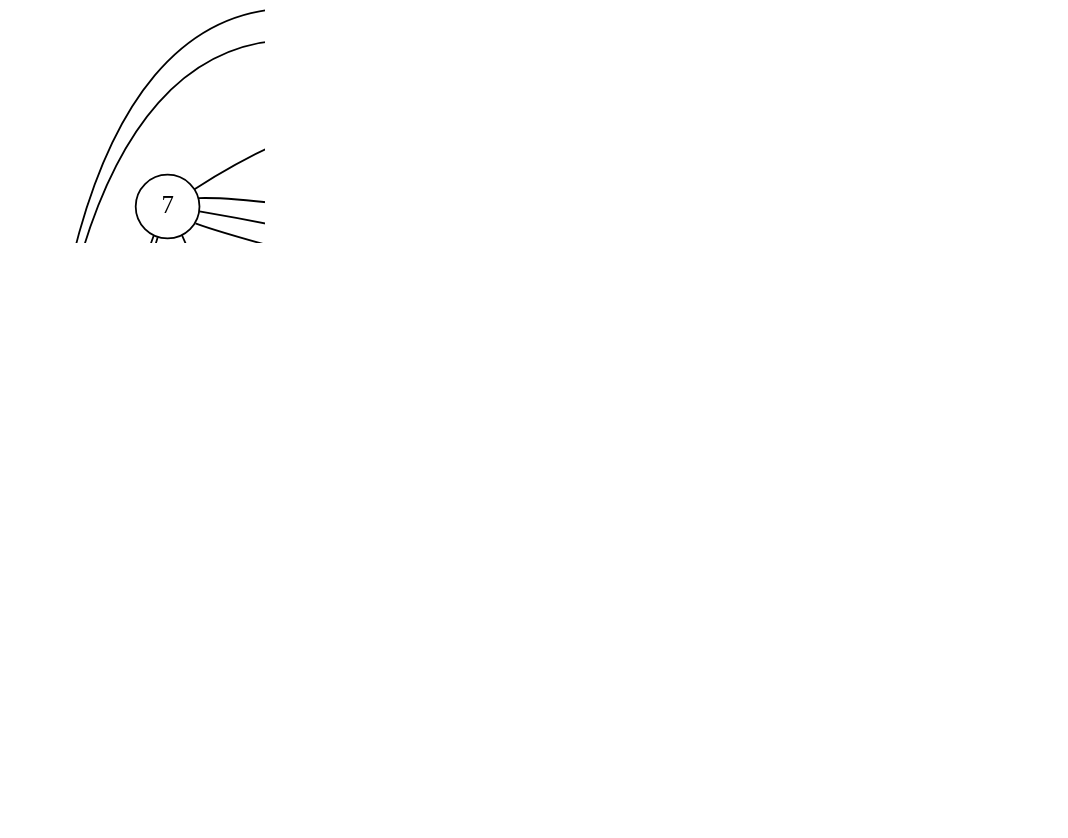
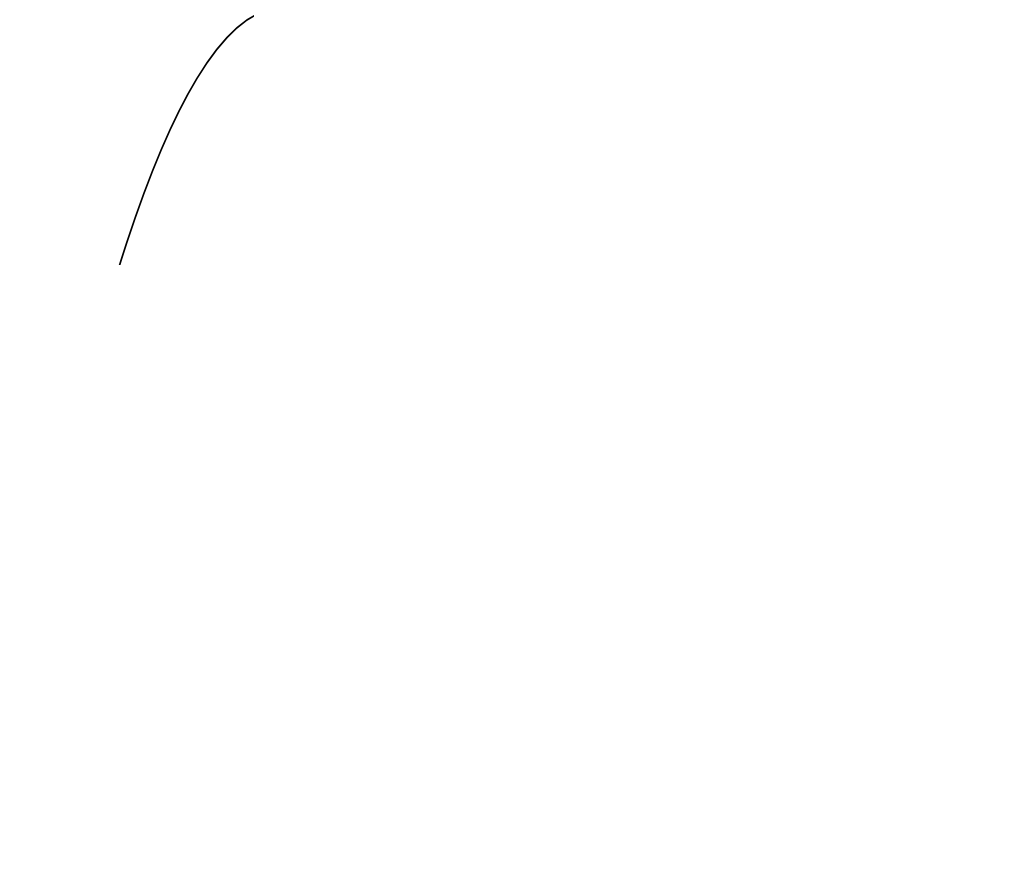
One commit to mickey-is-codin/data-structures changed the diagram in graphs-networks/c-networks/graphviz/list_graph.dot. Above: the diagram before and after it, drawn with Graphviz. The commit also changed 7 other files, not shown here.

```diff
--- a/graphs-networks/c-networks/graphviz/list_graph.dot
+++ b/graphs-networks/c-networks/graphviz/list_graph.dot
@@ -1,52 +1,52 @@
 graph unix {
 	graph [ dpi = 300 ];
 	node [shape=circle];
 	size="6,6";
 	rankdir="LR";
 
-	"0" -- "7"
+	"0" -- "2"
 	"0" -- "6"
-	"0" -- "4"
-	"0" -- "3"
+	"1" -- "8"
+	"1" -- "8"
+	"1" -- "5"
 	"1" -- "6"
-	"1" -- "9"
-	"1" -- "9"
+	"1" -- "4"
+	"2" -- "3"
+	"2" -- "3"
+	"2" -- "6"
+	"2" -- "7"
 	"2" -- "0"
-	"2" -- "4"
-	"2" -- "1"
-	"2" -- "1"
-	"2" -- "8"
-	"2" -- "4"
-	"2" -- "0"
-	"2" -- "9"
-	"3" -- "5"
-	"3" -- "5"
-	"4" -- "1"
-	"4" -- "7"
+	"3" -- "2"
+	"3" -- "2"
+	"3" -- "1"
+	"3" -- "9"
+	"3" -- "0"
+	"3" -- "7"
+	"3" -- "9"
+	"3" -- "6"
 	"4" -- "0"
-	"5" -- "9"
-	"5" -- "6"
+	"4" -- "3"
 	"5" -- "1"
-	"5" -- "0"
-	"5" -- "9"
+	"5" -- "4"
 	"6" -- "1"
 	"6" -- "5"
-	"6" -- "7"
-	"6" -- "4"
-	"6" -- "7"
-	"6" -- "5"
 	"6" -- "3"
-	"6" -- "2"
-	"6" -- "7"
-	"7" -- "2"
+	"6" -- "1"
+	"6" -- "0"
+	"6" -- "3"
+	"7" -- "8"
+	"7" -- "1"
+	"7" -- "5"
+	"7" -- "8"
 	"7" -- "0"
-	"8" -- "0"
-	"8" -- "3"
+	"8" -- "6"
 	"8" -- "9"
+	"8" -- "4"
+	"8" -- "2"
+	"8" -- "6"
+	"8" -- "4"
+	"9" -- "3"
 	"9" -- "5"
-	"9" -- "5"
-	"9" -- "0"
-	"9" -- "1"
-	"9" -- "3"
-	"9" -- "0"
+	"9" -- "7"
+	"9" -- "2"
 }
```
